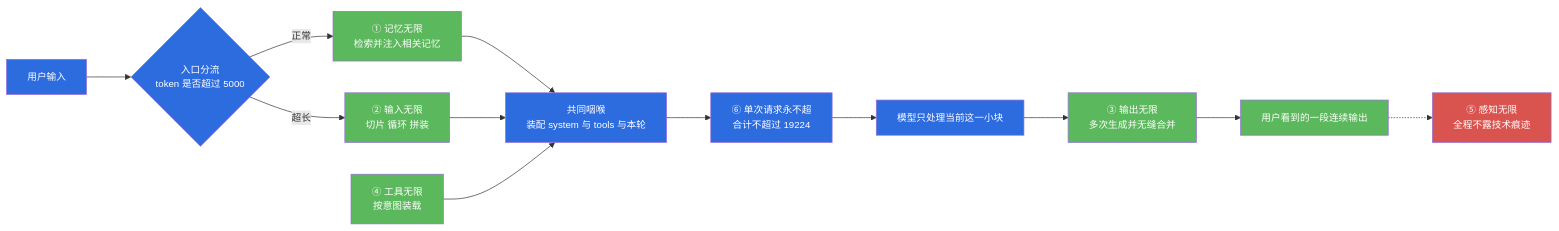
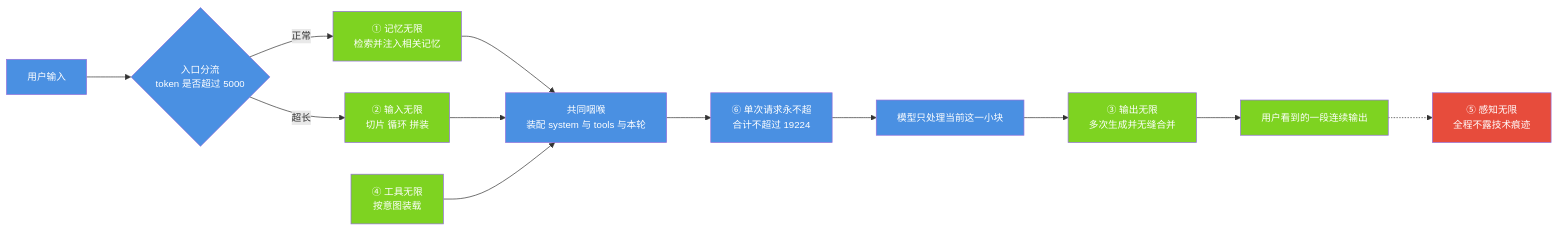
Before and after one commit to jiangchuangege/xiaojiao-harnees: the first of 8 diagrams in docs/modules/02-six-infinity.md, drawn with Mermaid. The commit also changed other lines of this file and 32 other files, not shown here.

Commit message:
统一：全仓原理图配色到一套调色板 + 给 12 张灰图补色 + 修正自己会睡那张过期图

````diff
--- a/docs/modules/02-six-infinity.md
+++ b/docs/modules/02-six-infinity.md
@@ -128,26 +128,26 @@
 ```mermaid
 %%{init: {"themeVariables": {"fontSize": "14px"}, "flowchart": {"htmlLabels": true, "wrappingWidth": 340, "nodeSpacing": 46, "rankSpacing": 64, "useMaxWidth": true}}}%%
 flowchart LR
     U["用户输入"] --> G{"入口分流<br/>token 是否超过 5000"}
     G -->|超长| I2["② 输入无限<br/>切片 循环 拼装"]
     G -->|正常| I1["① 记忆无限<br/>检索并注入相关记忆"]
     I1 --> ASM["共同咽喉<br/>装配 system 与 tools 与本轮"]
     I2 --> ASM
     I4["④ 工具无限<br/>按意图装载"] --> ASM
     ASM --> I6["⑥ 单次请求永不超<br/>合计不超过 19224"]
     I6 --> MOD["模型只处理当前这一小块"]
     MOD --> I3["③ 输出无限<br/>多次生成并无缝合并"]
     I3 --> OUT["用户看到的一段连续输出"]
     OUT -.-> I5["⑤ 感知无限<br/>全程不露技术痕迹"]
-    style U fill:#2d6cdf,color:#fff
-    style G fill:#2d6cdf,color:#fff
-    style ASM fill:#2d6cdf,color:#fff
-    style I6 fill:#2d6cdf,color:#fff
-    style MOD fill:#2d6cdf,color:#fff
-    style I1 fill:#5cb85c,color:#fff
-    style I2 fill:#5cb85c,color:#fff
-    style I3 fill:#5cb85c,color:#fff
-    style I4 fill:#5cb85c,color:#fff
-    style OUT fill:#5cb85c,color:#fff
-    style I5 fill:#d9534f,color:#fff
+    style U fill:#4A90E2,color:#fff
+    style G fill:#4A90E2,color:#fff
+    style ASM fill:#4A90E2,color:#fff
+    style I6 fill:#4A90E2,color:#fff
+    style MOD fill:#4A90E2,color:#fff
+    style I1 fill:#7ED321,color:#fff
+    style I2 fill:#7ED321,color:#fff
+    style I3 fill:#7ED321,color:#fff
+    style I4 fill:#7ED321,color:#fff
+    style OUT fill:#7ED321,color:#fff
+    style I5 fill:#E74C3C,color:#fff
 ```
````
